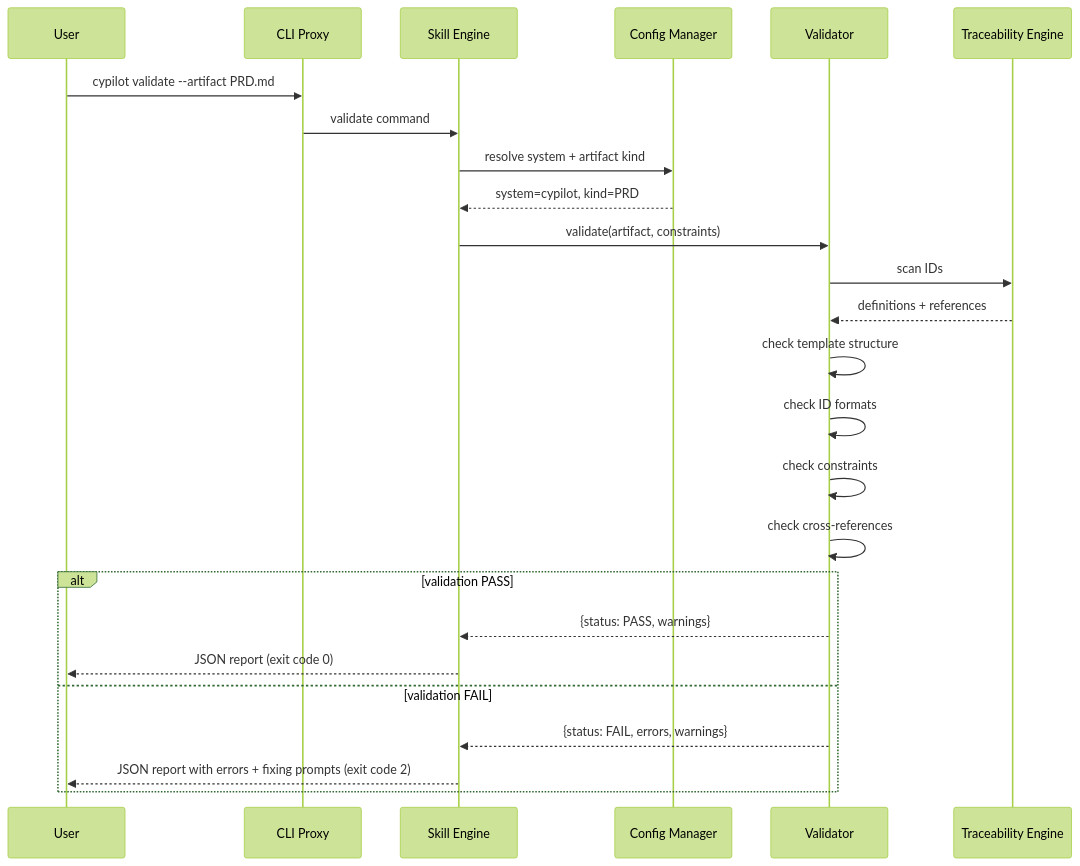
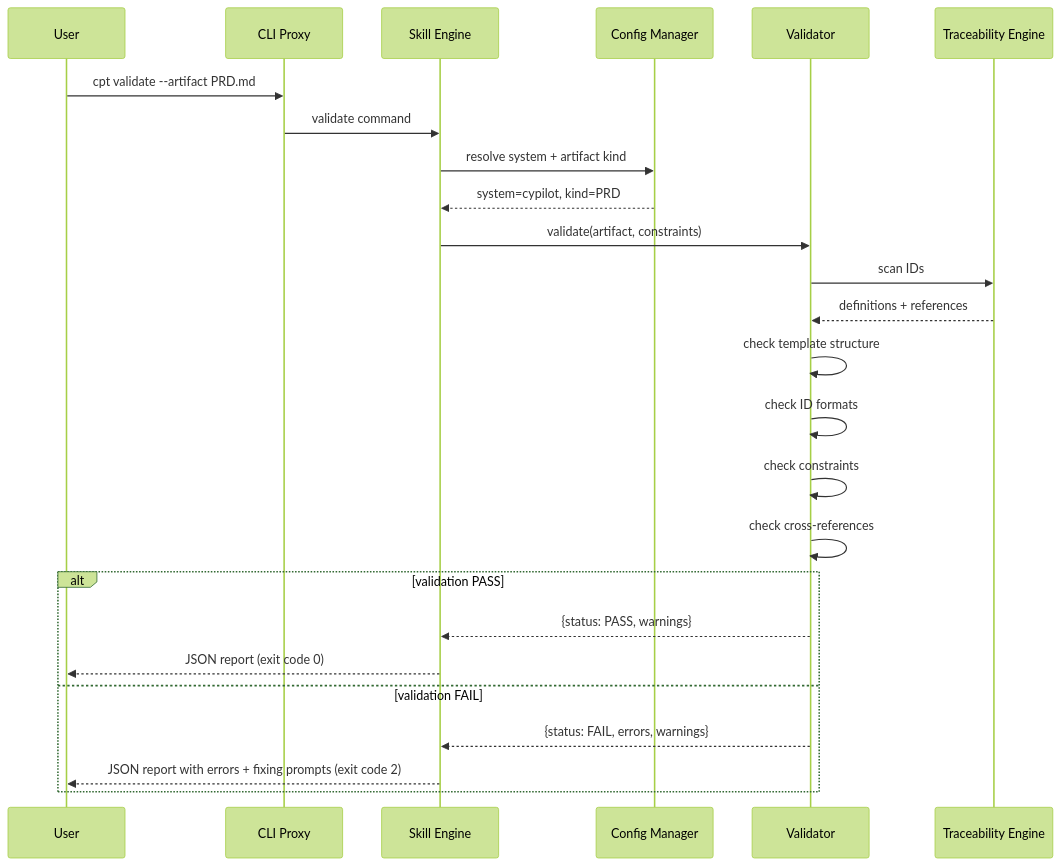
One commit to ainetx/hyperspot changed the third of 7 diagrams in .cypilot/.core/architecture/DESIGN.md. Above: the diagram before and after it, drawn with Mermaid (forest theme). The commit also changed other lines of this file and 108 other files, not shown here.

````diff
--- a/.cypilot/.core/architecture/DESIGN.md
+++ b/.cypilot/.core/architecture/DESIGN.md
@@ -978,21 +981,21 @@
 ```mermaid
 sequenceDiagram
-    User->>CLI Proxy: cypilot validate --artifact PRD.md
+    User->>CLI Proxy: cpt validate --artifact PRD.md
     CLI Proxy->>Skill Engine: validate command
     Skill Engine->>Config Manager: resolve system + artifact kind
     Config Manager-->>Skill Engine: system=cypilot, kind=PRD
     Skill Engine->>Validator: validate(artifact, constraints)
     Validator->>Traceability Engine: scan IDs
     Traceability Engine-->>Validator: definitions + references
     Validator->>Validator: check template structure
     Validator->>Validator: check ID formats
     Validator->>Validator: check constraints
     Validator->>Validator: check cross-references
     alt validation PASS
         Validator-->>Skill Engine: {status: PASS, warnings}
         Skill Engine-->>User: JSON report (exit code 0)
     else validation FAIL
         Validator-->>Skill Engine: {status: FAIL, errors, warnings}
         Skill Engine-->>User: JSON report with errors + fixing prompts (exit code 2)
     end
 ```
````
